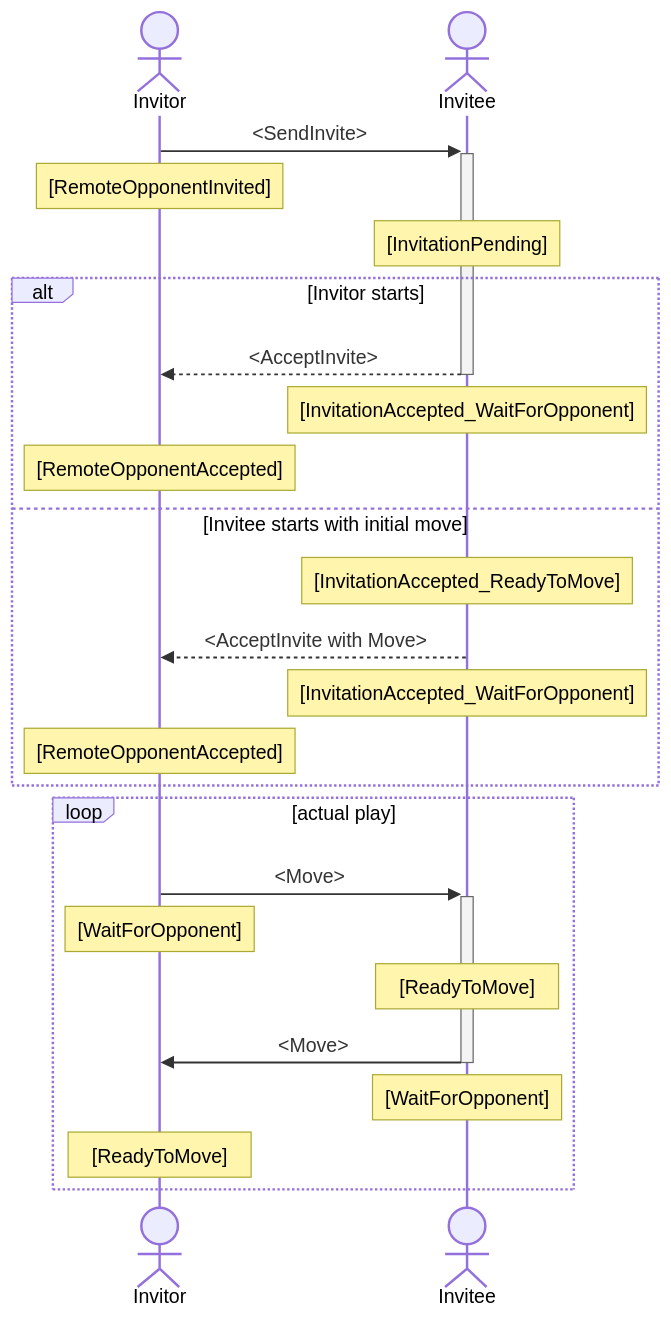
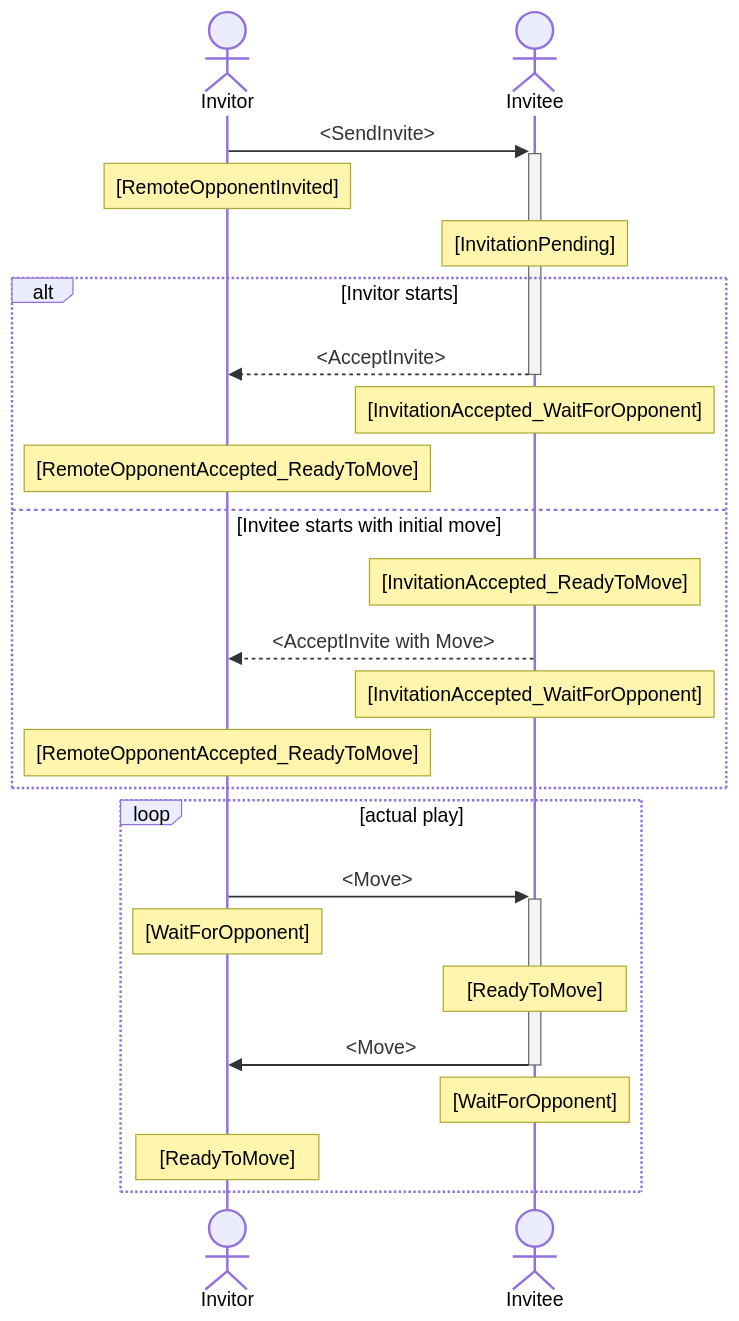
Before and after one commit to jenspfahl/hylex: the fifth of 5 diagrams in README.md, drawn with Mermaid. The commit also changed other lines of this file and 5 other files, not shown here.

````diff
--- a/README.md
+++ b/README.md
@@ -148,43 +148,43 @@
 ```mermaid
 sequenceDiagram
 
     actor Local as Invitor
     actor Remote as Invitee
 
     Local->>+Remote: <SendInvite>
     Note over Local: [RemoteOpponentInvited]
     Note over Remote: [InvitationPending]
 
 
     alt Invitor starts
         Remote-->>-Local: <AcceptInvite>
 
         Note over Remote: [InvitationAccepted_WaitForOpponent]
-        Note over Local: [RemoteOpponentAccepted]
+        Note over Local: [RemoteOpponentAccepted_ReadyToMove]
 
     else Invitee starts with initial move
 
         Note over Remote: [InvitationAccepted_ReadyToMove]
         Remote-->>Local: <AcceptInvite with Move>
         Note over Remote: [InvitationAccepted_WaitForOpponent]
 
 
-        Note over Local: [RemoteOpponentAccepted]
+        Note over Local: [RemoteOpponentAccepted_ReadyToMove]
     
 
     end
 
 
 
     loop actual play
         Local->>+Remote: <Move>
         Note over Local: [WaitForOpponent]
         Note over Remote: [ReadyToMove]
 
 
         Remote->>-Local: <Move>
         Note over Remote: [WaitForOpponent]
         Note over Local: [ReadyToMove]
     end
 
 ```
````
